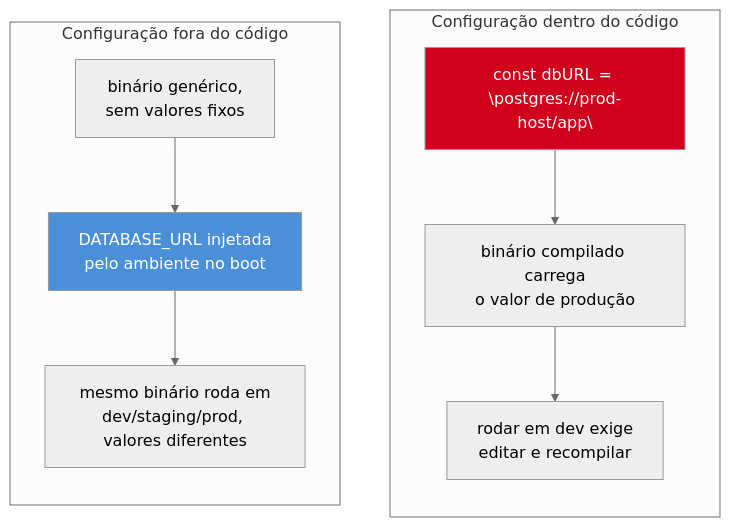
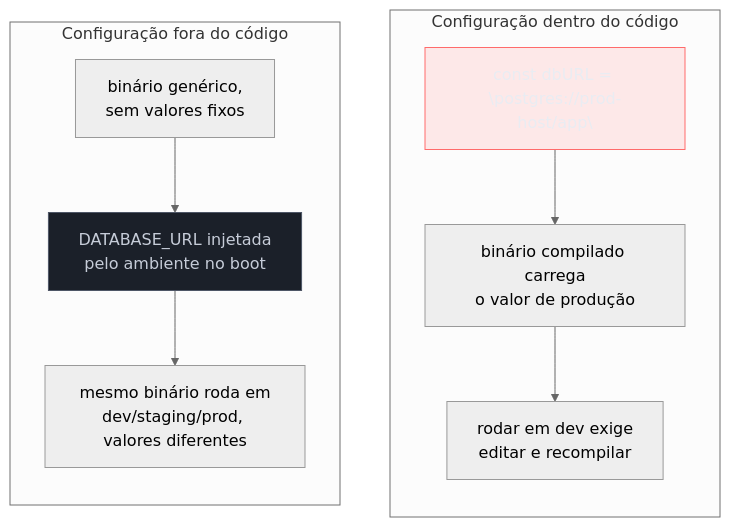
One commit to josenaldo/codex-technomanticus changed the first of 3 diagrams in 03-Dominios/Tecnologia/Go/14 - Microservices e arquitetura/04 - Configuração.md. Above: the diagram before and after it, drawn with Mermaid (neutral theme). The commit also changed other lines of this file and 1181 other files, not shown here.

First line of the commit message:
fix(diagramas): paleta do sistema no lugar de cor cravada no markdown

````diff
--- a/03-Dominios/Tecnologia/Go/14 - Microservices e arquitetura/04 - Configuração.md
+++ b/03-Dominios/Tecnologia/Go/14 - Microservices e arquitetura/04 - Configuração.md
@@ -42,17 +42,19 @@
 ```mermaid
 flowchart TB
+    classDef falha fill:#FF6B6B24,stroke:#FF6B6B,color:#E9ECF2
+    classDef neutro fill:#1B2029,stroke:#4E5666,color:#C6CCD8
     subgraph Errado["Configuração dentro do código"]
         direction TB
         E1["const dbURL = \"postgres://prod-host/app\""] --> E2["binário compilado carrega\no valor de produção"]
         E2 --> E3["rodar em dev exige\neditar e recompilar"]
     end
 
     subgraph Certo["Configuração fora do código"]
         direction TB
         C1["binário genérico,\nsem valores fixos"] --> C2["DATABASE_URL injetada\npelo ambiente no boot"]
         C2 --> C3["mesmo binário roda em\ndev/staging/prod, valores diferentes"]
     end
 
-    style E1 fill:#D0021B,color:#fff
-    style C2 fill:#4A90D9,color:#fff
+    class E1 falha
+    class C2 neutro
 ```
````
